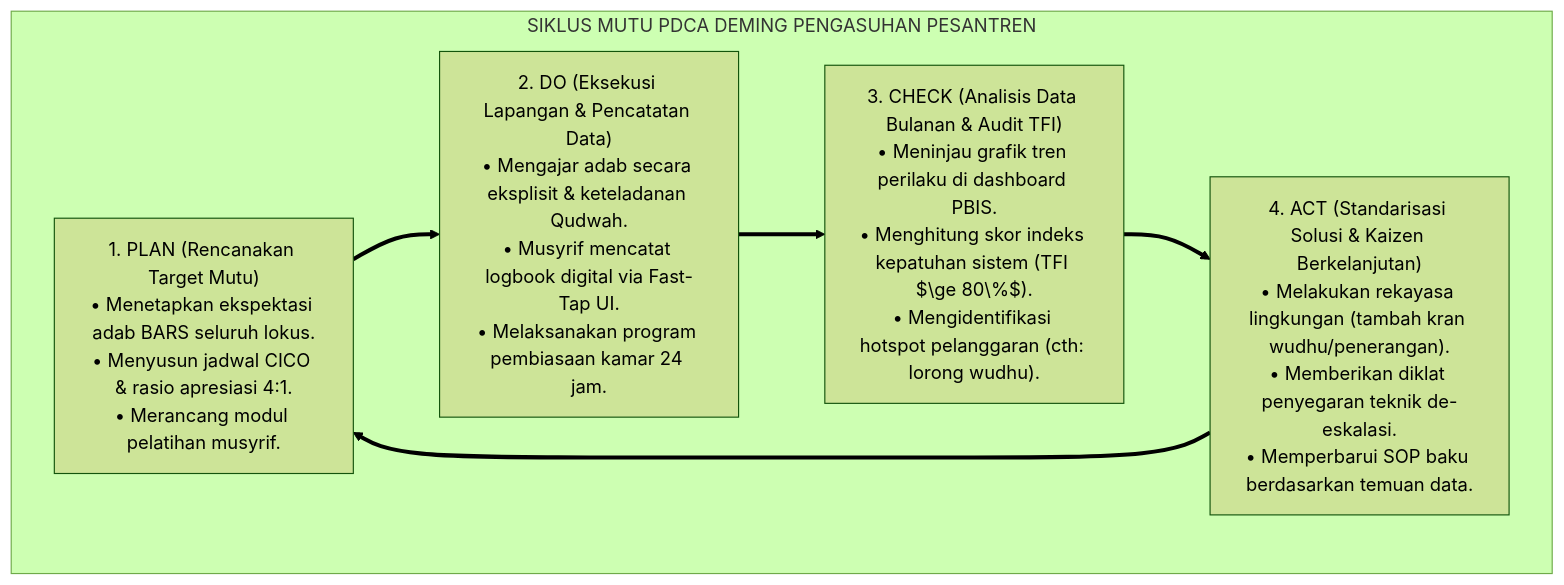
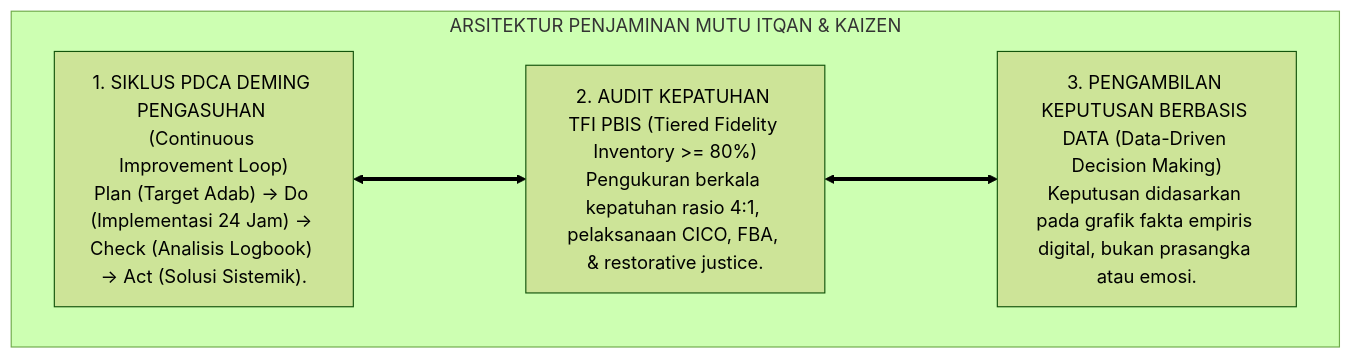
One commit to wandiapriliyandi/tumbuh changed the second of 3 diagrams in 02 Principles/07 Implementation Principles/P2-07-04-Prinsip-Penjaminan-Mutu-dan-Continuous-Improvement.md. Above: the diagram before and after it, drawn with Mermaid (forest theme). The commit also changed other lines of this file and 6 other files, not shown here.

````diff
--- a/02 Principles/07 Implementation Principles/P2-07-04-Prinsip-Penjaminan-Mutu-dan-Continuous-Improvement.md
+++ b/02 Principles/07 Implementation Principles/P2-07-04-Prinsip-Penjaminan-Mutu-dan-Continuous-Improvement.md
@@ -108,14 +119,13 @@
 ```mermaid
 flowchart TD
-    subgraph SiklusPDCAPesantrenTUMBUH["SIKLUS MUTU PDCA DEMING PENGASUHAN PESANTREN"]
-        P["1. PLAN (Rencanakan Target Mutu)<br/>• Menetapkan ekspektasi adab BARS seluruh lokus.<br/>• Menyusun jadwal CICO & rasio apresiasi 4:1.<br/>• Merancang modul pelatihan musyrif."]
+    subgraph ArsitekturPenjaminanMutuTUMBUH["ARSITEKTUR PENJAMINAN MUTU ITQAN & KAIZEN"]
         
-        D["2. DO (Eksekusi Lapangan & Pencatatan Data)<br/>• Mengajar adab secara eksplisit & keteladanan Qudwah.<br/>• Musyrif mencatat logbook digital via Fast-Tap UI.<br/>• Melaksanakan program pembiasaan kamar 24 jam."]
+        Q1_Sayap["1. SIKLUS PDCA DEMING PENGASUHAN (Continuous Improvement Loop)<br/>Plan (Target Adab) -> Do (Implementasi 24 Jam) -> Check (Analisis Logbook) -> Act (Solusi Sistemik)."]
         
-        C["3. CHECK (Analisis Data Bulanan & Audit TFI)<br/>• Meninjau grafik tren perilaku di dashboard PBIS.<br/>• Menghitung skor indeks kepatuhan sistem (TFI $\ge 80\%$).<br/>• Mengidentifikasi hotspot pelanggaran (cth: lorong wudhu)."]
+        Q2_Sayap["2. AUDIT KEPATUHAN TFI PBIS (Tiered Fidelity Inventory >= 80%)<br/>Pengukuran berkala kepatuhan rasio 4:1, pelaksanaan CICO, FBA, & restorative justice."]
         
-        A["4. ACT (Standarisasi Solusi & Kaizen Berkelanjutan)<br/>• Melakukan rekayasa lingkungan (tambah kran wudhu/penerangan).<br/>• Memberikan diklat penyegaran teknik de-eskalasi.<br/>• Memperbarui SOP baku berdasarkan temuan data."]
+        Q3_Sayap["3. PENGAMBILAN KEPUTUSAN BERBASIS DATA (Data-Driven Decision Making)<br/>Keputusan didasarkan pada grafik fakta empiris digital, bukan prasangka atau emosi."]
         
-        P ==> D ==> C ==> A ==> P
+        Q1_Sayap <===> Q2_Sayap <===> Q3_Sayap
     end
 ```
````
